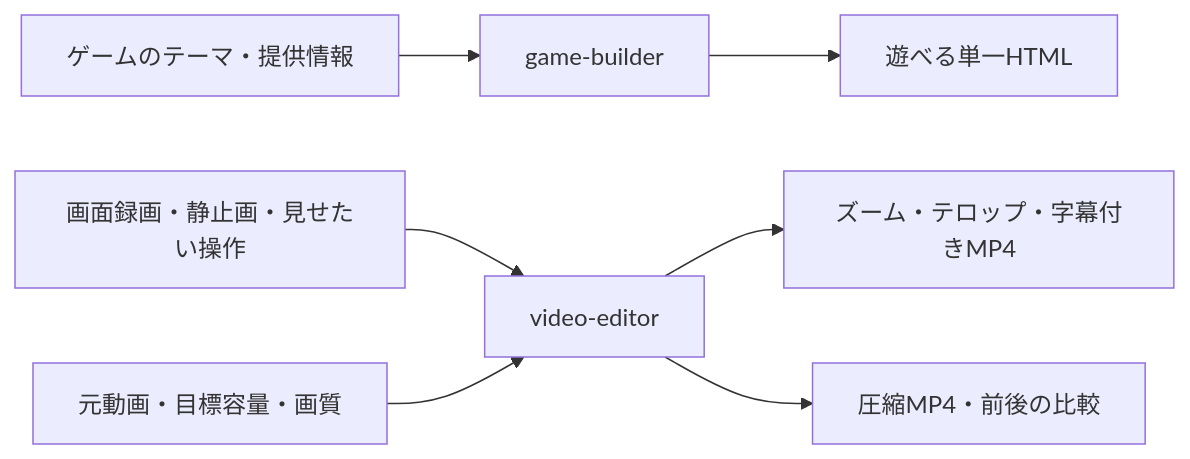
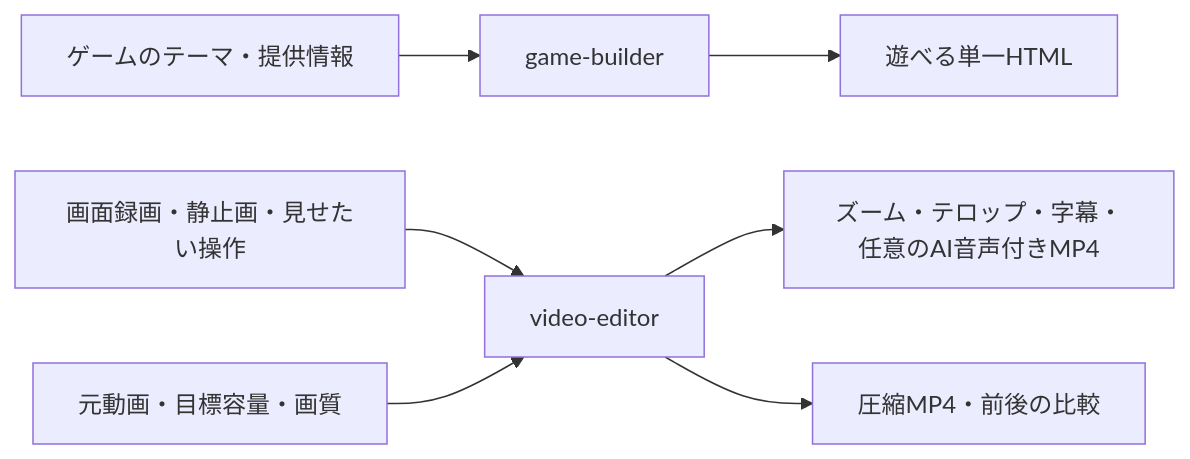
One commit to geekfujiwara/copilot-cowork-skills changed diagram 12 of 12 in README.md. Above: the diagram before and after it, drawn with Mermaid. The commit also changed other lines of this file and 15 other files, not shown here.

````diff
--- a/README.md
+++ b/README.md
@@ -199,9 +506,9 @@
 ```mermaid
 flowchart LR
 	THEME["ゲームのテーマ・提供情報"] --> GB["game-builder"]
 	GB --> GAME["遊べる単一HTML"]
 	RECORDING["画面録画・静止画・見せたい操作"] --> VE["video-editor"]
 	VIDEO["元動画・目標容量・画質"] --> VE
-	VE --> EDITED["ズーム・テロップ・字幕付きMP4"]
+	VE --> EDITED["ズーム・テロップ・字幕・任意のAI音声付きMP4"]
 	VE --> SMALL["圧縮MP4・前後の比較"]
 ```
````
